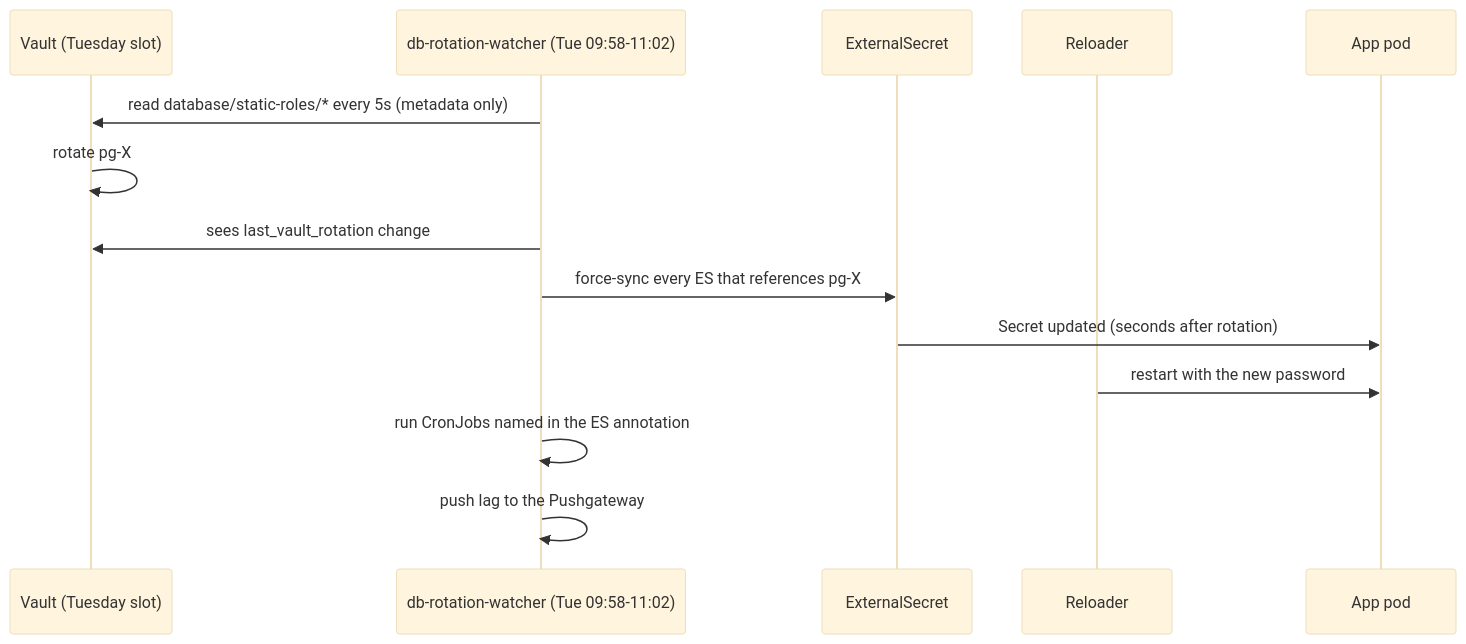
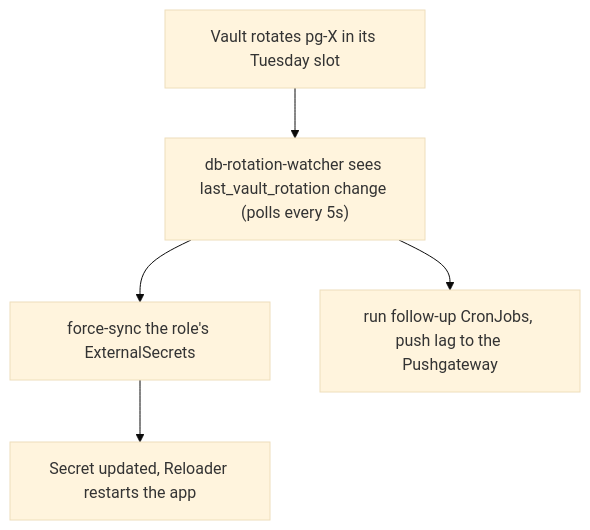
One commit to ViktorBarzin/infra changed the diagram in docs/runbooks/db-credential-rotation.md. Above: the diagram before and after it, drawn with Mermaid (base theme). The commit also changed other lines of this file, not shown here.

First line of the commit message:
db-credential-rotation runbook: fix diagram width and list layout, add measurements

````diff
--- a/docs/runbooks/db-credential-rotation.md
+++ b/docs/runbooks/db-credential-rotation.md
@@ -26,16 +26,7 @@
 ```mermaid
-sequenceDiagram
-    participant V as Vault (Tuesday slot)
-    participant W as db-rotation-watcher (Tue 09:58-11:02)
-    participant E as ExternalSecret
-    participant R as Reloader
-    participant A as App pod
-    W->>V: read database/static-roles/* every 5s (metadata only)
-    V->>V: rotate pg-X
-    W->>V: sees last_vault_rotation change
-    W->>E: force-sync every ES that references pg-X
-    E->>A: Secret updated (seconds after rotation)
-    R->>A: restart with the new password
-    W->>W: run CronJobs named in the ES annotation
-    W->>W: push lag to the Pushgateway
+flowchart TD
+    V["Vault rotates pg-X in its Tuesday slot"] --> W["db-rotation-watcher sees last_vault_rotation change (polls every 5s)"]
+    W --> E["force-sync the role's ExternalSecrets"]
+    E --> R["Secret updated, Reloader restarts the app"]
+    W --> F["run follow-up CronJobs, push lag to the Pushgateway"]
 ```
````
